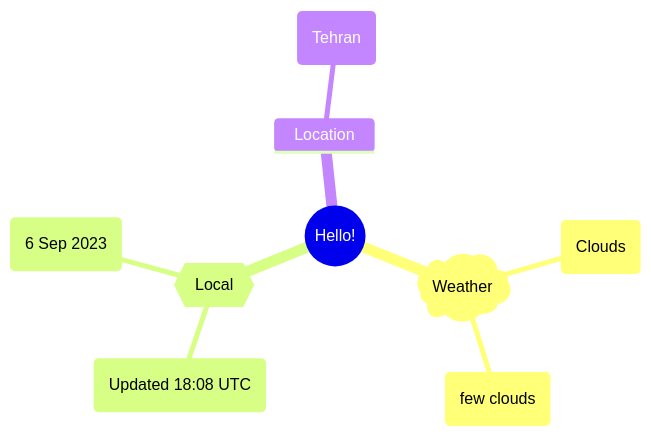
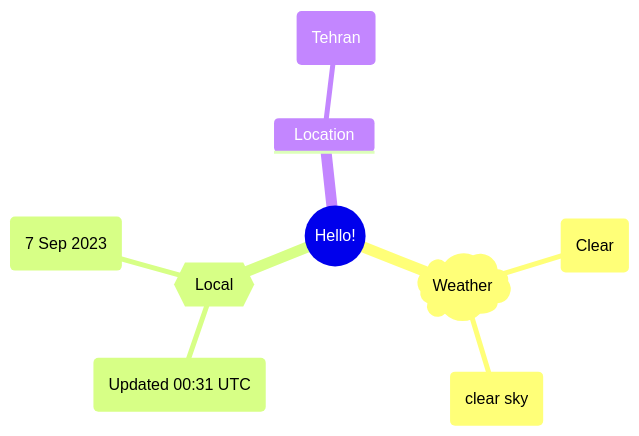
The first of 2 diagrams in README.md (Xosrov/Xosrov), drawn with Mermaid before and after one commit.

Commit message:
[bot] updated images

````diff
--- a/README.md
+++ b/README.md
@@ -3,12 +3,12 @@
 ```mermaid
 mindmap
   root((Hello!))
     )Weather(
-        (Clouds)
-        (few clouds)
+        (Clear)
+        (clear sky)
     {{Local}}
-        (Updated 18:08 UTC)
-        (6 Sep 2023)
+        (Updated 00:31 UTC)
+        (7 Sep 2023)
     Location
         (Tehran)
 ```
````
